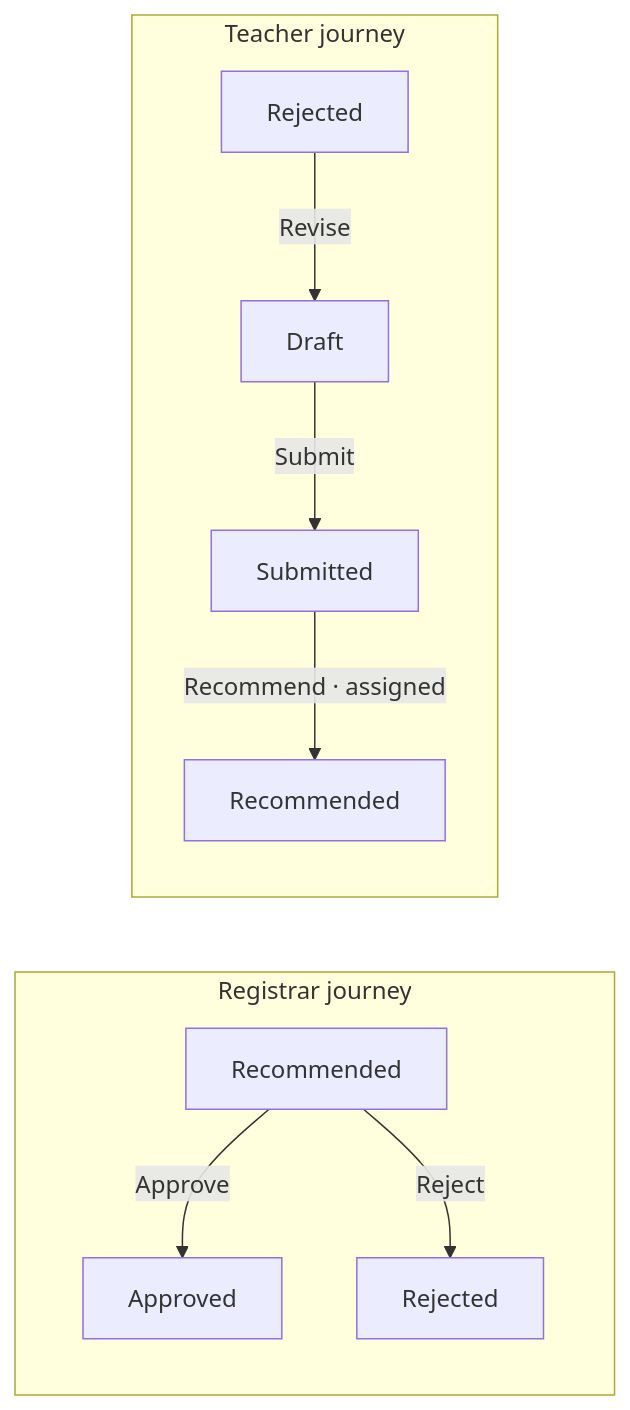
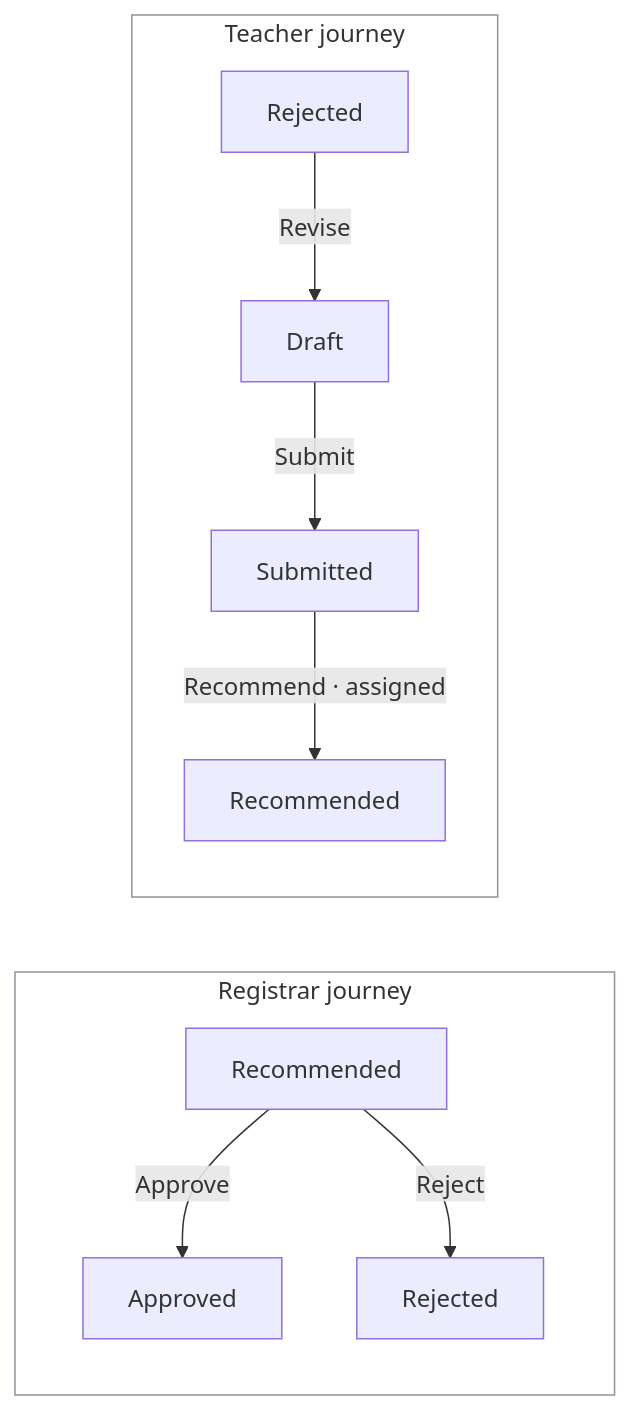
The diagram in docs/diagrams/journey.md (45ck/eija-studio), drawn with Mermaid before and after one commit. The commit also changed 27 other files, not shown here.

````diff
--- a/docs/diagrams/journey.md
+++ b/docs/diagrams/journey.md
@@ -6,20 +6,22 @@
 ```mermaid
 %% eija: workflow: workflow excursion semantic_hash=b26c9af5ae4cd958099956232721a70e73cb7e6efe1b213ff32417829b588e56
 flowchart LR
     subgraph c_Registrar["Registrar journey"]
         n_Registrar__Approved["Approved"]
         n_Registrar__Recommended["Recommended"]
         n_Registrar__Rejected["Rejected"]
     end
+    style c_Registrar fill:#ffffff,stroke:#8c959f
     subgraph c_Teacher["Teacher journey"]
         n_Teacher__Draft["Draft"]
         n_Teacher__Recommended["Recommended"]
         n_Teacher__Rejected["Rejected"]
         n_Teacher__Submitted["Submitted"]
     end
+    style c_Teacher fill:#ffffff,stroke:#8c959f
     n_Registrar__Recommended -->|"Approve"| n_Registrar__Approved
     n_Registrar__Recommended -->|"Reject"| n_Registrar__Rejected
     n_Teacher__Draft -->|"Submit"| n_Teacher__Submitted
     n_Teacher__Rejected -->|"Revise"| n_Teacher__Draft
     n_Teacher__Submitted -->|"Recommend · assigned"| n_Teacher__Recommended
 ```
````
